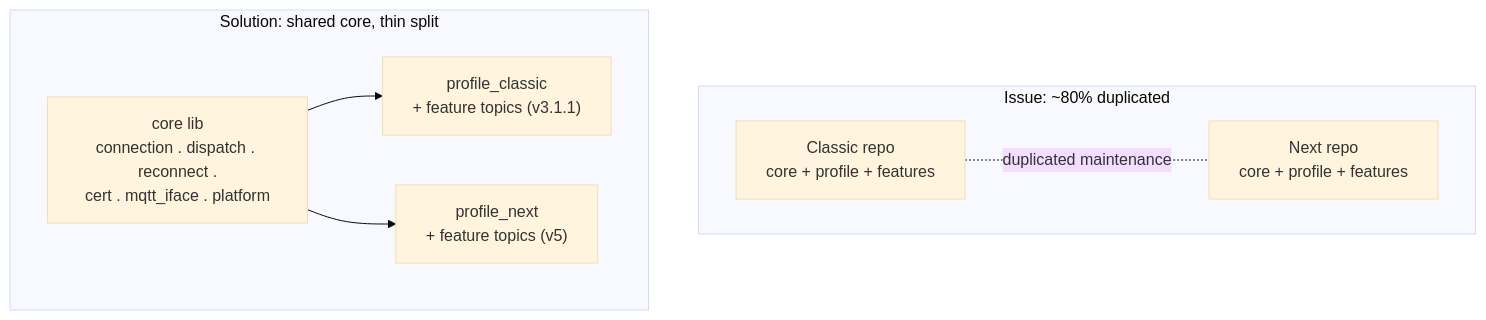
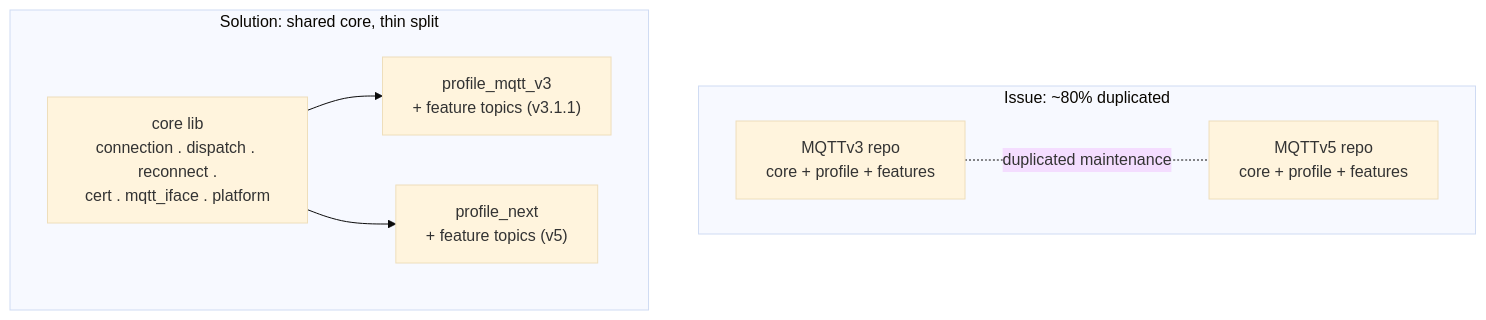
Before and after one commit to Azure/azure-iot-sdk: the fifth of 20 diagrams in c/docs/eng/split-client.md, drawn with Mermaid (base theme). The commit also changed other lines of this file and 98 other files, not shown here.

````diff
--- a/c/docs/eng/split-client.md
+++ b/c/docs/eng/split-client.md
@@ -228,16 +228,16 @@
 ```mermaid
 flowchart TB
     subgraph ISSUE["Issue: ~80% duplicated"]
-        D1["Classic repo<br/>core + profile + features"]
-        D2["Next repo<br/>core + profile + features"]
+        D1["MQTTv3 repo<br/>core + profile + features"]
+        D2["MQTTv5 repo<br/>core + profile + features"]
         D1 -. "duplicated maintenance" .- D2
     end
 
     subgraph FIX["Solution: shared core, thin split"]
         CORE["core lib<br/>connection . dispatch . reconnect .<br/>cert . mqtt_iface . platform"]
-        PC["profile_classic<br/>+ feature topics (v3.1.1)"]
+        PC["profile_mqtt_v3<br/>+ feature topics (v3.1.1)"]
         PN["profile_next<br/>+ feature topics (v5)"]
         CORE --> PC
         CORE --> PN
     end
 ```
````
